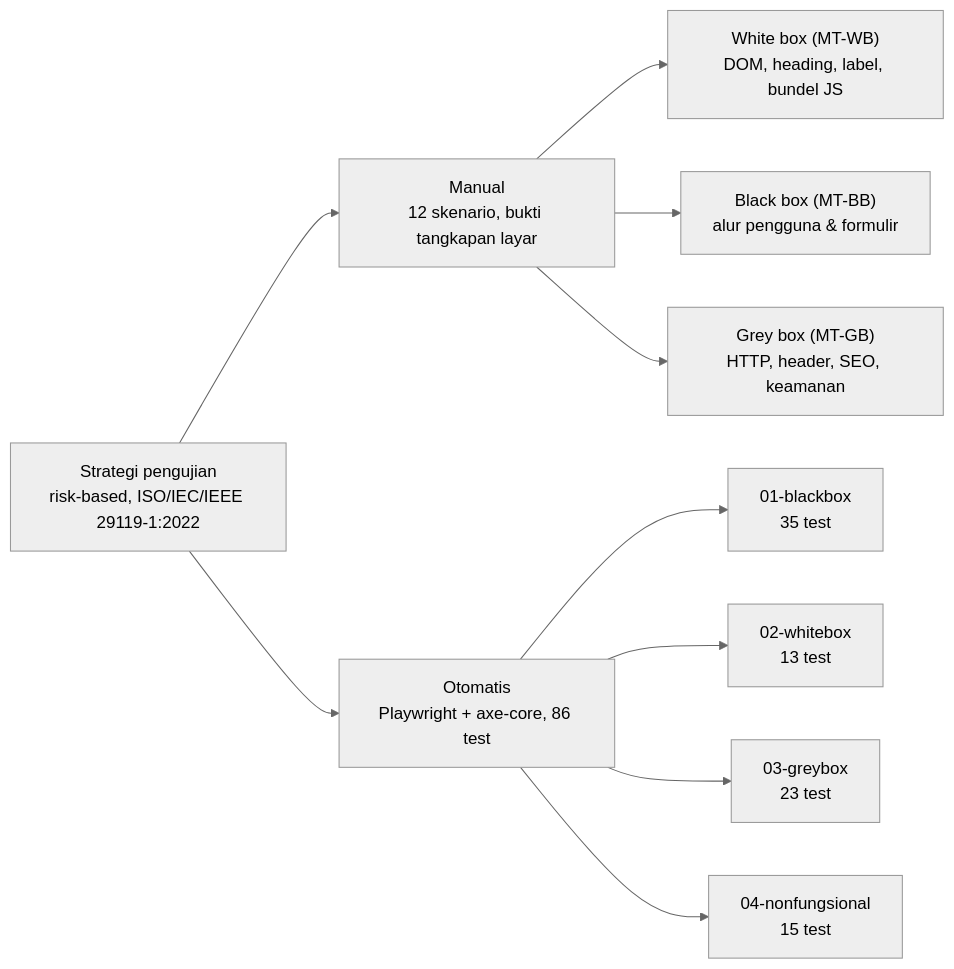
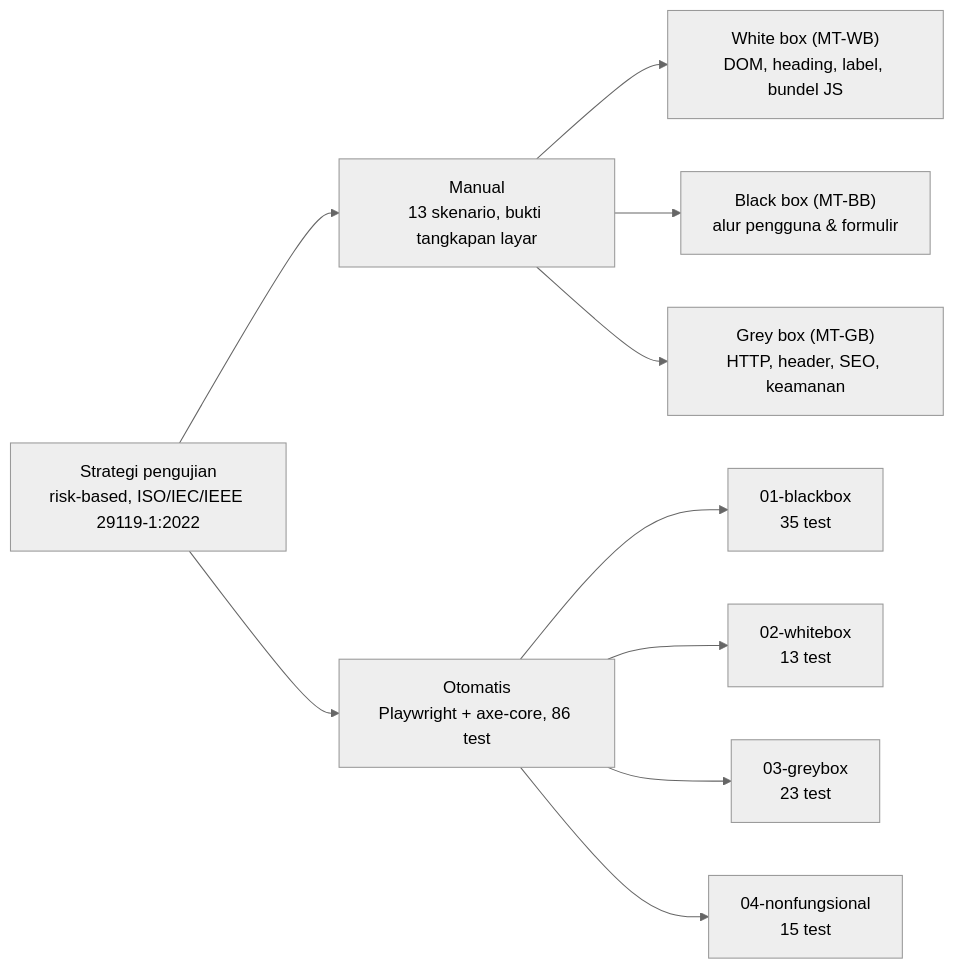
One commit to ilhamnovriadi/TugasAkhirQA changed the diagram in diagrams/02-kategori-pengujian.mmd. Above: the diagram before and after it, drawn with Mermaid (neutral theme). The commit also changed 8 other files, not shown here.

First line of the commit message:
Selaraskan angka hasil, tanggal eksekusi, dan diagram pengujian

```diff
--- a/diagrams/02-kategori-pengujian.mmd
+++ b/diagrams/02-kategori-pengujian.mmd
@@ -1,10 +1,10 @@
 flowchart LR
-    S["Strategi pengujian<br/>risk-based, ISO/IEC/IEEE 29119-1:2022"] --> MAN["Manual<br/>12 skenario, bukti tangkapan layar"]
+    S["Strategi pengujian<br/>risk-based, ISO/IEC/IEEE 29119-1:2022"] --> MAN["Manual<br/>13 skenario, bukti tangkapan layar"]
     S --> AUTO["Otomatis<br/>Playwright + axe-core, 86 test"]
     MAN --> MWB["White box (MT-WB)<br/>DOM, heading, label, bundel JS"]
     MAN --> MBB["Black box (MT-BB)<br/>alur pengguna & formulir"]
     MAN --> MGB["Grey box (MT-GB)<br/>HTTP, header, SEO, keamanan"]
     AUTO --> A1["01-blackbox<br/>35 test"]
     AUTO --> A2["02-whitebox<br/>13 test"]
     AUTO --> A3["03-greybox<br/>23 test"]
     AUTO --> A4["04-nonfungsional<br/>15 test"]
```
